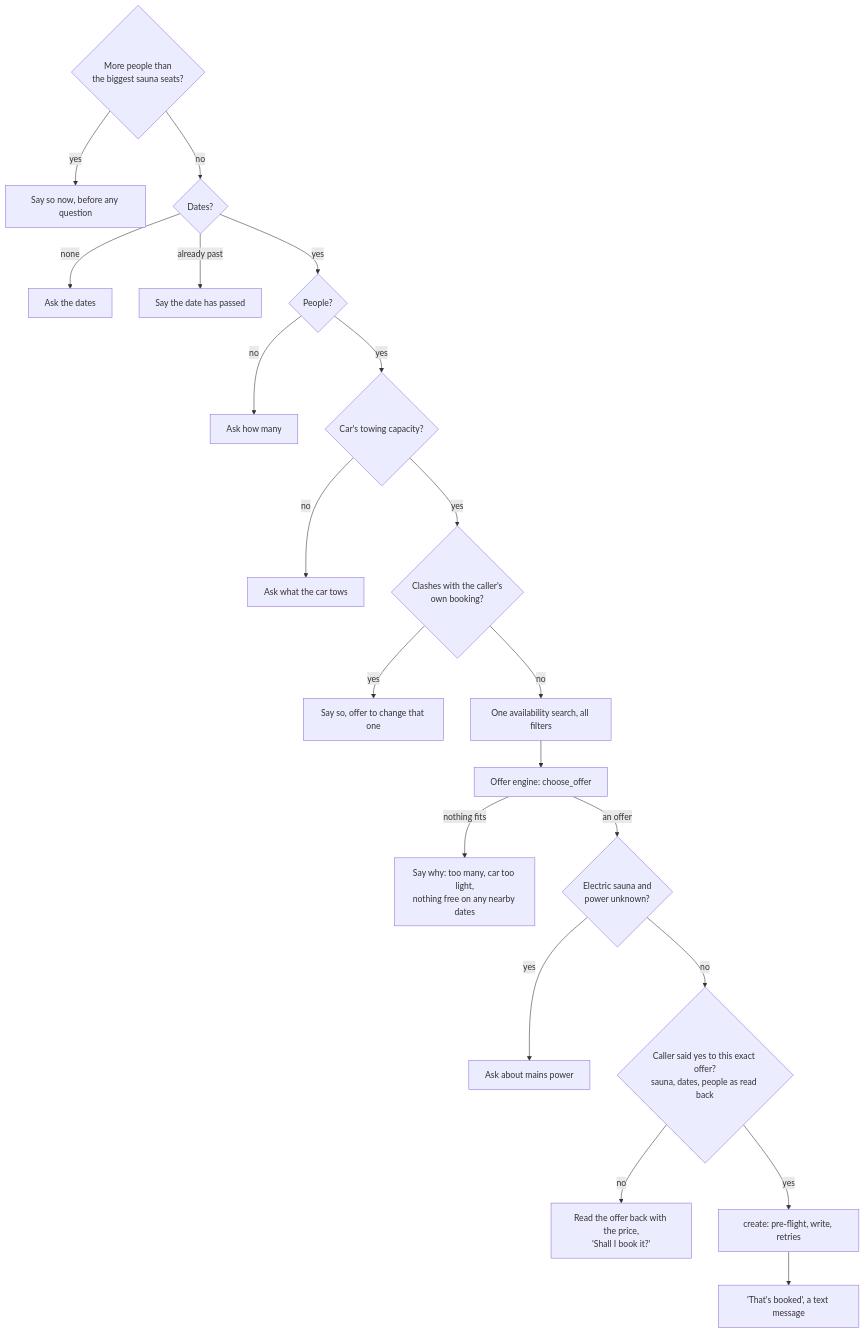
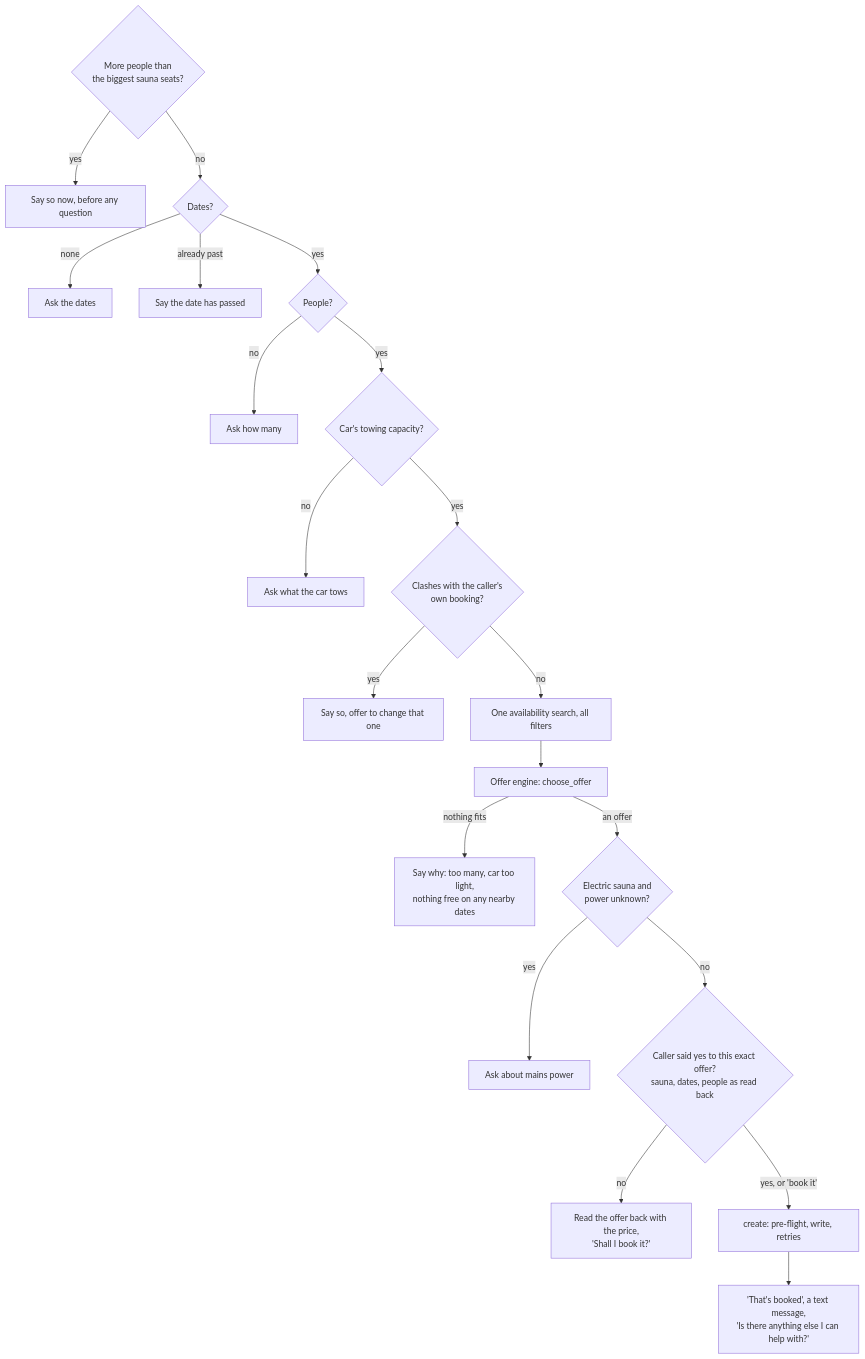
One commit to GoxMAN8/pirtis-on-wheels changed the fourth of 5 diagrams in docs/architecture/logic-flow.md. Above: the diagram before and after it, drawn with Mermaid. The commit also changed other lines of this file and 13 other files, not shown here.

````diff
--- a/docs/architecture/logic-flow.md
+++ b/docs/architecture/logic-flow.md
@@ -129,22 +157,22 @@
 ```mermaid
 flowchart TD
   b0{"More people than<br/>the biggest sauna seats?"} -->|"yes"| nf1["Say so now, before any question"]
   b0 -->|"no"| b1{"Dates?"}
   b1 -->|"none"| a1["Ask the dates"]
   b1 -->|"already past"| a2["Say the date has passed"]
   b1 -->|"yes"| b2{"People?"}
   b2 -->|"no"| a3["Ask how many"]
   b2 -->|"yes"| b3{"Car's towing capacity?"}
   b3 -->|"no"| a4["Ask what the car tows"]
   b3 -->|"yes"| b4{"Clashes with the caller's<br/>own booking?"}
   b4 -->|"yes"| oc["Say so, offer to change that one"]
   b4 -->|"no"| se["One availability search, all filters"]
   se --> co["Offer engine: choose_offer"]
   co -->|"nothing fits"| nf2["Say why: too many, car too light,<br/>nothing free on any nearby dates"]
   co -->|"an offer"| b5{"Electric sauna and<br/>power unknown?"}
   b5 -->|"yes"| a5["Ask about mains power"]
   b5 -->|"no"| b6{"Caller said yes to this exact offer?<br/>sauna, dates, people as read back"}
   b6 -->|"no"| of["Read the offer back with the price,<br/>'Shall I book it?'"]
-  b6 -->|"yes"| cr["create: pre-flight, write, retries"]
-  cr --> ok["'That's booked', a text message"]
+  b6 -->|"yes, or 'book it'"| cr["create: pre-flight, write, retries"]
+  cr --> ok["'That's booked', a text message,<br/>'Is there anything else I can help with?'"]
 ```
````
